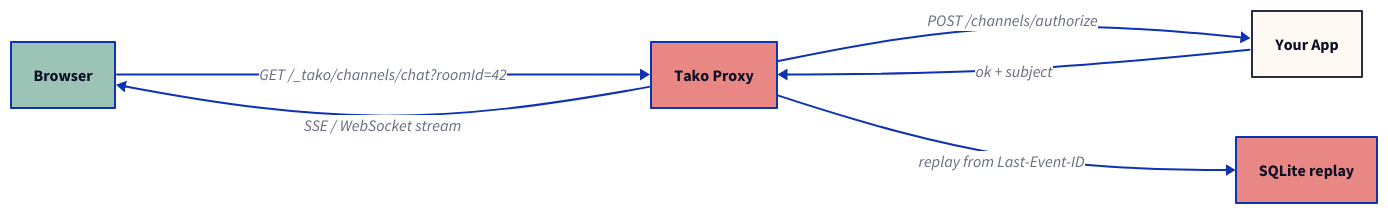
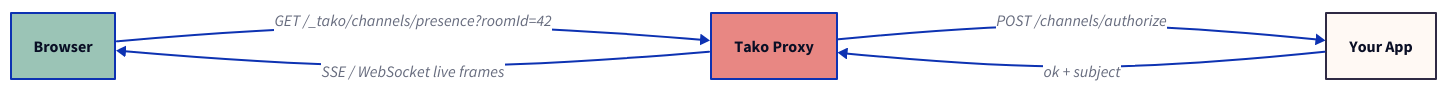
The diagram in website/src/content/blog/self-hosted-pusher-alternative.md (tako-sh/tako), drawn with D2 before and after one commit. The commit also changed other lines of this file and 65 other files, not shown here.

````diff
--- a/website/src/content/blog/self-hosted-pusher-alternative.md
+++ b/website/src/content/blog/self-hosted-pusher-alternative.md
@@ -83,14 +110,12 @@
 ```d2
 direction: right
 
 client: Browser {style.fill: "#9BC4B6"; style.font-size: 16}
 proxy: Tako Proxy {style.fill: "#E88783"; style.font-size: 16}
 app: Your App {style.fill: "#FFF9F4"; style.stroke: "#2F2A44"; style.font-size: 16}
-store: SQLite replay {style.fill: "#E88783"; style.font-size: 16}
 
-client -> proxy: "GET /_tako/channels/chat?roomId=42"
+client -> proxy: "GET /_tako/channels/presence?roomId=42"
 proxy -> app: "POST /channels/authorize"
 app -> proxy: "ok + subject"
-proxy -> store: "replay from Last-Event-ID"
-proxy -> client: "SSE / WebSocket stream"
+proxy -> client: "SSE / WebSocket live frames"
 ```
````
